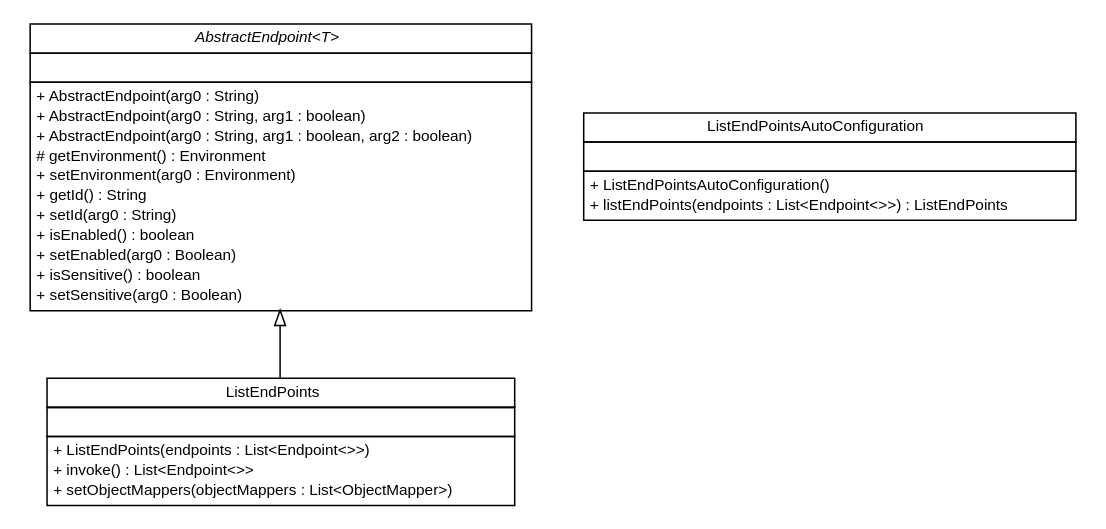
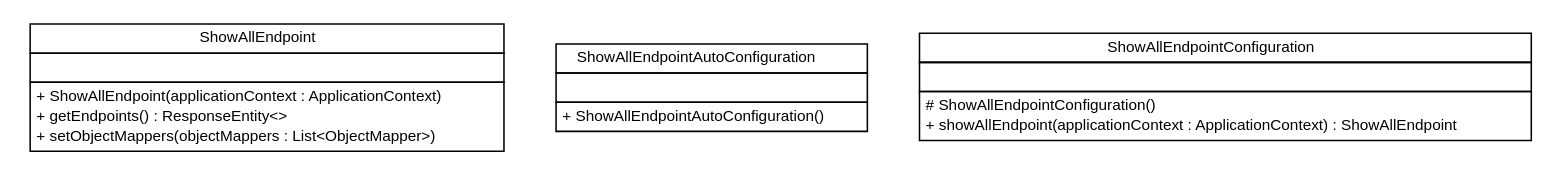
The diagram in snapshot/build-docker/maven-build-java8/spring-cloud-service-discovery/spring-cloud-multi-registration/apidocs/org/springframework/boot/actuate/endpoint/org.springframework.boot.actuate.endpoint.dot (sfeng9d/spring-cloud-service-discovery), drawn with Graphviz before and after one commit. The commit also changed 92 other files, not shown here.

```diff
--- a/snapshot/build-docker/maven-build-java8/spring-cloud-service-discovery/spring-cloud-multi-registration/apidocs/org/springframework/boot/actuate/endpoint/org.springframework.boot.actuate.endpoint.dot
+++ b/snapshot/build-docker/maven-build-java8/spring-cloud-service-discovery/spring-cloud-multi-registration/apidocs/org/springframework/boot/actuate/endpoint/org.springframework.boot.actuate.endpoint.dot
@@ -1,63 +1,51 @@
 #!/usr/local/bin/dot
 #
 # Class diagram 
 # Generated by UMLGraph version R5_6-24-gf6e263 (http://www.umlgraph.org/)
 #
 
 digraph G {
 	edge [fontname="Helvetica",fontsize=10,labelfontname="Helvetica",labelfontsize=10];
 	node [fontname="Helvetica",fontsize=10,shape=plaintext];
 	nodesep=0.25;
 	ranksep=0.5;
-	// org.springframework.boot.actuate.endpoint.ListEndPoints
-	c0 [label=<<table title="org.springframework.boot.actuate.endpoint.ListEndPoints" border="0" cellborder="1" cellspacing="0" cellpadding="2" port="p" href="./ListEndPoints.html">
+	// org.springframework.boot.actuate.endpoint.ShowAllEndpoint
+	c0 [label=<<table title="org.springframework.boot.actuate.endpoint.ShowAllEndpoint" border="0" cellborder="1" cellspacing="0" cellpadding="2" port="p" href="./ShowAllEndpoint.html">
 		<tr><td><table border="0" cellspacing="0" cellpadding="1">
-<tr><td align="center" balign="center"> ListEndPoints </td></tr>
+<tr><td align="center" balign="center"> ShowAllEndpoint </td></tr>
 		</table></td></tr>
 		<tr><td><table border="0" cellspacing="0" cellpadding="1">
 <tr><td align="left" balign="left">  </td></tr>
 		</table></td></tr>
 		<tr><td><table border="0" cellspacing="0" cellpadding="1">
-<tr><td align="left" balign="left"> + ListEndPoints(endpoints : List&lt;Endpoint&lt;&gt;&gt;) </td></tr>
-<tr><td align="left" balign="left"> + invoke() : List&lt;Endpoint&lt;&gt;&gt; </td></tr>
+<tr><td align="left" balign="left"> + ShowAllEndpoint(applicationContext : ApplicationContext) </td></tr>
+<tr><td align="left" balign="left"> + getEndpoints() : ResponseEntity&lt;&gt; </td></tr>
 <tr><td align="left" balign="left"> + setObjectMappers(objectMappers : List&lt;ObjectMapper&gt;) </td></tr>
 		</table></td></tr>
-		</table>>, URL="./ListEndPoints.html", fontname="Helvetica", fontcolor="black", fontsize=10.0];
-	// org.springframework.boot.actuate.endpoint.ListEndPointsAutoConfiguration
-	c1 [label=<<table title="org.springframework.boot.actuate.endpoint.ListEndPointsAutoConfiguration" border="0" cellborder="1" cellspacing="0" cellpadding="2" port="p" href="./ListEndPointsAutoConfiguration.html">
+		</table>>, URL="./ShowAllEndpoint.html", fontname="Helvetica", fontcolor="black", fontsize=10.0];
+	// org.springframework.boot.actuate.endpoint.ShowAllEndpointAutoConfiguration
+	c1 [label=<<table title="org.springframework.boot.actuate.endpoint.ShowAllEndpointAutoConfiguration" border="0" cellborder="1" cellspacing="0" cellpadding="2" port="p" href="./ShowAllEndpointAutoConfiguration.html">
 		<tr><td><table border="0" cellspacing="0" cellpadding="1">
-<tr><td align="center" balign="center"> ListEndPointsAutoConfiguration </td></tr>
+<tr><td align="center" balign="center"> ShowAllEndpointAutoConfiguration </td></tr>
 		</table></td></tr>
 		<tr><td><table border="0" cellspacing="0" cellpadding="1">
 <tr><td align="left" balign="left">  </td></tr>
 		</table></td></tr>
 		<tr><td><table border="0" cellspacing="0" cellpadding="1">
-<tr><td align="left" balign="left"> + ListEndPointsAutoConfiguration() </td></tr>
-<tr><td align="left" balign="left"> + listEndPoints(endpoints : List&lt;Endpoint&lt;&gt;&gt;) : ListEndPoints </td></tr>
+<tr><td align="left" balign="left"> + ShowAllEndpointAutoConfiguration() </td></tr>
 		</table></td></tr>
-		</table>>, URL="./ListEndPointsAutoConfiguration.html", fontname="Helvetica", fontcolor="black", fontsize=10.0];
-	//org.springframework.boot.actuate.endpoint.ListEndPoints extends org.springframework.boot.actuate.endpoint.AbstractEndpoint<java.util.List<org.springframework.boot.actuate.endpoint.Endpoint>>
-	c7:p -> c0:p [dir=back,arrowtail=empty];
-	// org.springframework.boot.actuate.endpoint.AbstractEndpoint<T>
-	c7 [label=<<table title="org.springframework.boot.actuate.endpoint.AbstractEndpoint" border="0" cellborder="1" cellspacing="0" cellpadding="2" port="p" href="http://java.sun.com/j2se/1.4.2/docs/api/org/springframework/boot/actuate/endpoint/AbstractEndpoint.html">
+		</table>>, URL="./ShowAllEndpointAutoConfiguration.html", fontname="Helvetica", fontcolor="black", fontsize=10.0];
+	// org.springframework.boot.actuate.endpoint.ShowAllEndpointAutoConfiguration.ShowAllEndpointConfiguration
+	c2 [label=<<table title="org.springframework.boot.actuate.endpoint.ShowAllEndpointAutoConfiguration.ShowAllEndpointConfiguration" border="0" cellborder="1" cellspacing="0" cellpadding="2" port="p" href="./ShowAllEndpointAutoConfiguration.ShowAllEndpointConfiguration.html">
 		<tr><td><table border="0" cellspacing="0" cellpadding="1">
-<tr><td align="center" balign="center"><font face="Helvetica-Oblique"> AbstractEndpoint&lt;T&gt; </font></td></tr>
+<tr><td align="center" balign="center"> ShowAllEndpointConfiguration </td></tr>
 		</table></td></tr>
 		<tr><td><table border="0" cellspacing="0" cellpadding="1">
 <tr><td align="left" balign="left">  </td></tr>
 		</table></td></tr>
 		<tr><td><table border="0" cellspacing="0" cellpadding="1">
-<tr><td align="left" balign="left"> + AbstractEndpoint(arg0 : String) </td></tr>
-<tr><td align="left" balign="left"> + AbstractEndpoint(arg0 : String, arg1 : boolean) </td></tr>
-<tr><td align="left" balign="left"> + AbstractEndpoint(arg0 : String, arg1 : boolean, arg2 : boolean) </td></tr>
-<tr><td align="left" balign="left"> # getEnvironment() : Environment </td></tr>
-<tr><td align="left" balign="left"> + setEnvironment(arg0 : Environment) </td></tr>
-<tr><td align="left" balign="left"> + getId() : String </td></tr>
-<tr><td align="left" balign="left"> + setId(arg0 : String) </td></tr>
-<tr><td align="left" balign="left"> + isEnabled() : boolean </td></tr>
-<tr><td align="left" balign="left"> + setEnabled(arg0 : Boolean) </td></tr>
-<tr><td align="left" balign="left"> + isSensitive() : boolean </td></tr>
-<tr><td align="left" balign="left"> + setSensitive(arg0 : Boolean) </td></tr>
+<tr><td align="left" balign="left"> # ShowAllEndpointConfiguration() </td></tr>
+<tr><td align="left" balign="left"> + showAllEndpoint(applicationContext : ApplicationContext) : ShowAllEndpoint </td></tr>
 		</table></td></tr>
-		</table>>, URL="http://java.sun.com/j2se/1.4.2/docs/api/org/springframework/boot/actuate/endpoint/AbstractEndpoint.html", fontname="Helvetica", fontcolor="black", fontsize=10.0];
+		</table>>, URL="./ShowAllEndpointAutoConfiguration.ShowAllEndpointConfiguration.html", fontname="Helvetica", fontcolor="black", fontsize=10.0];
 }
```
